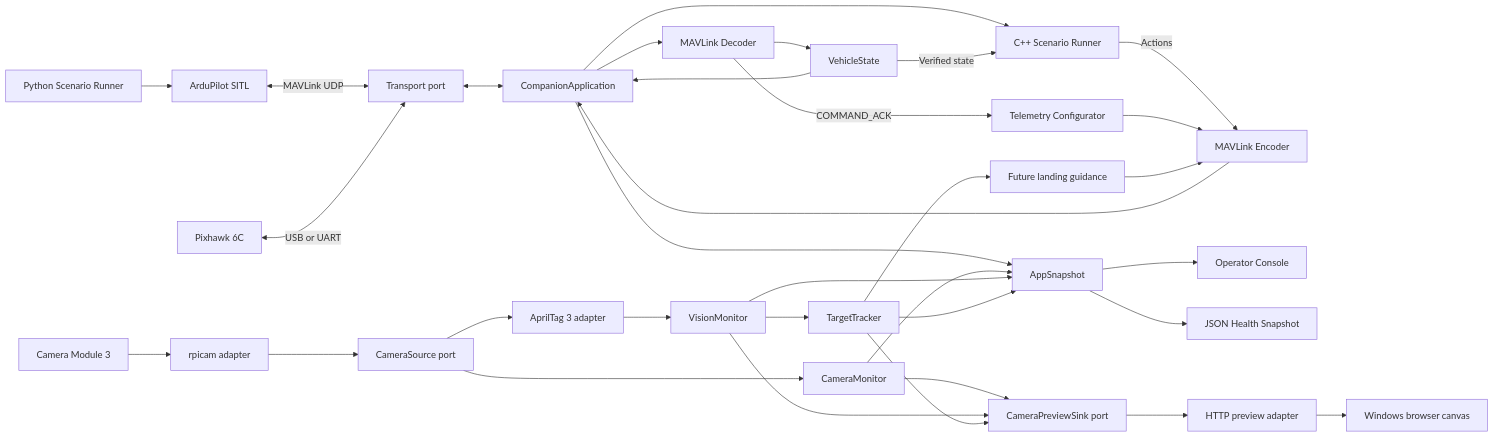
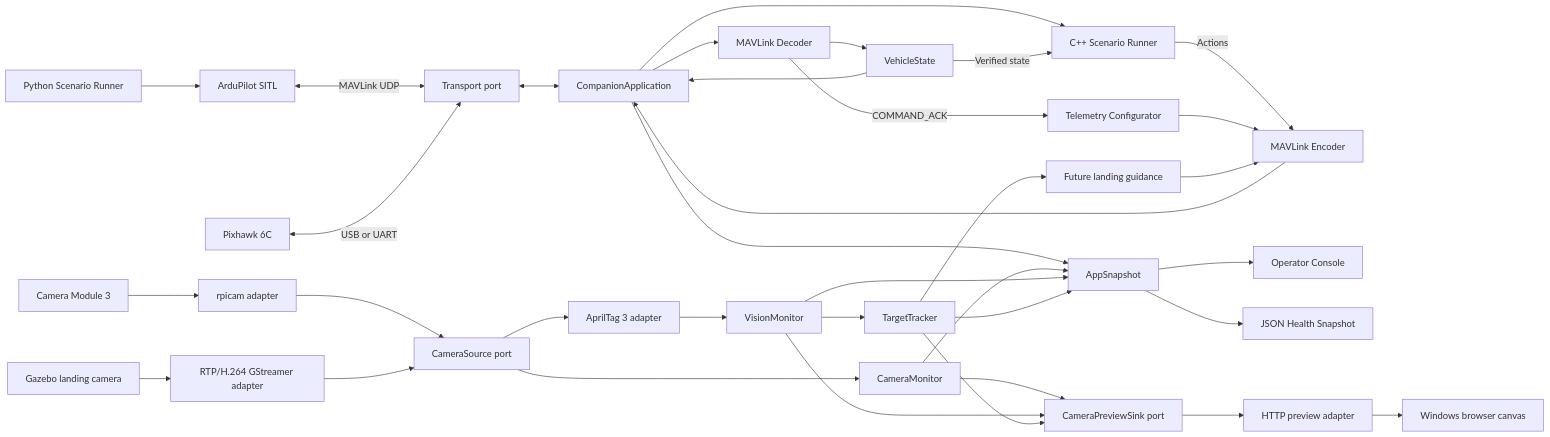
One commit to matemink/CompanionLab changed the first of 2 diagrams in docs/architecture.md. Above: the diagram before and after it, drawn with Mermaid. The commit also changed other lines of this file and 17 other files, not shown here.

Commit message:
Simulate AprilTag landing camera

````diff
--- a/docs/architecture.md
+++ b/docs/architecture.md
@@ -6,35 +6,37 @@
 ```mermaid
 flowchart LR
     SITL["ArduPilot SITL"] <-->|"MAVLink UDP"| Transport["Transport port"]
     Pixhawk["Pixhawk 6C"] <-->|"USB or UART"| Transport
     Transport <--> Application["CompanionApplication"]
     Application --> Decoder["MAVLink Decoder"]
     Decoder --> State["VehicleState"]
     State --> Application
     Application --> Scenario["C++ Scenario Runner"]
     Scenario -->|"Actions"| Encoder
     State -->|"Verified state"| Scenario
     Decoder -->|"COMMAND_ACK"| StreamConfig["Telemetry Configurator"]
     StreamConfig --> Encoder["MAVLink Encoder"]
     Encoder --> Application
     Application --> AppSnapshot["AppSnapshot"]
     AppSnapshot --> Console["Operator Console"]
     AppSnapshot --> Snapshot["JSON Health Snapshot"]
     Python["Python Scenario Runner"] --> SITL
     Camera["Camera Module 3"] --> Rpicam["rpicam adapter"]
+    GazeboCamera["Gazebo landing camera"] --> GStreamer["RTP/H.264 GStreamer adapter"]
     Rpicam --> CameraPort["CameraSource port"]
+    GStreamer --> CameraPort
     CameraPort --> CameraMonitor["CameraMonitor"]
     CameraMonitor --> AppSnapshot
     CameraPort --> Vision["AprilTag 3 adapter"]
     Vision --> VisionMonitor["VisionMonitor"]
     VisionMonitor --> AppSnapshot
     VisionMonitor --> Tracker["TargetTracker"]
     Tracker --> AppSnapshot
     CameraMonitor --> PreviewPort["CameraPreviewSink port"]
     VisionMonitor --> PreviewPort
     Tracker --> PreviewPort
     PreviewPort --> HTTP["HTTP preview adapter"]
     HTTP --> Browser["Windows browser canvas"]
     Tracker --> Guidance["Future landing guidance"]
     Guidance --> Encoder
 ```
````
